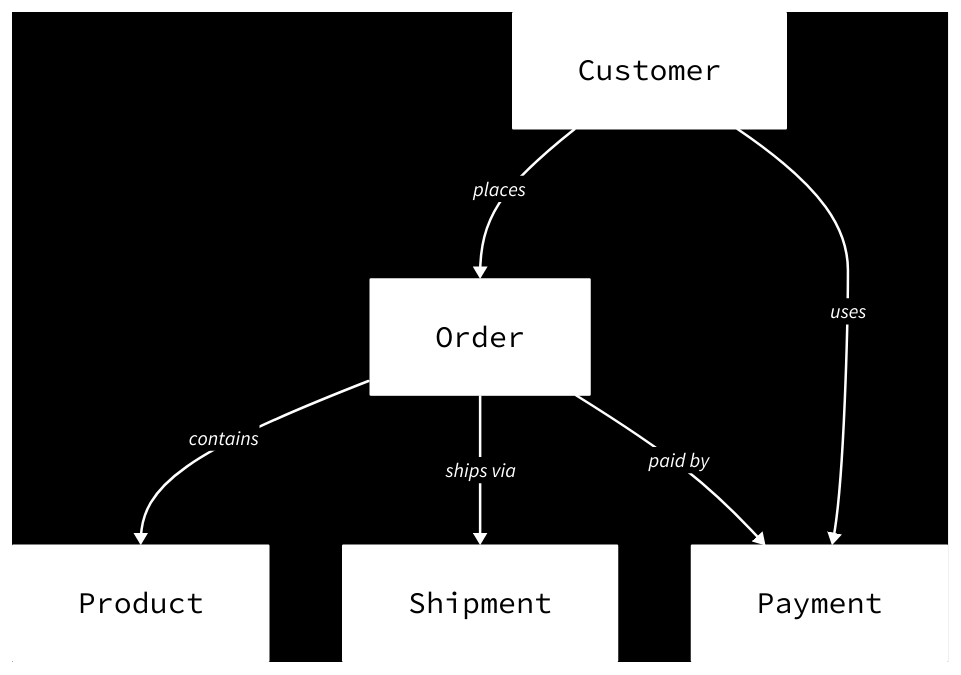
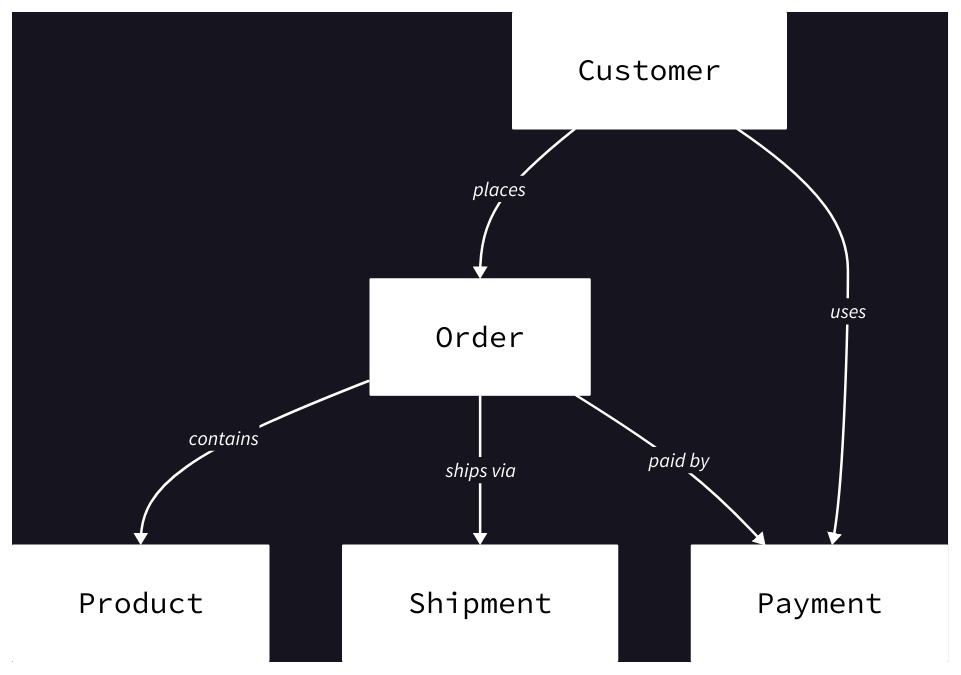
Before and after one commit to dvdstelt/weblog: the diagram in src/content/posts/2026-05-29-service-boundaries-are-about-authority.md, drawn with D2.

Commit message:
✨ Match authority diagram canvas to page background (#16151F)

````diff
--- a/src/content/posts/2026-05-29-service-boundaries-are-about-authority.md
+++ b/src/content/posts/2026-05-29-service-boundaries-are-about-authority.md
@@ -92,35 +92,35 @@
 ```d2
-# Inverted palette: black background, white boxes and lines, white connection labels
-style.fill: "#000000"
+# Inverted palette: page-matched background, white boxes and lines, white connection labels
+style.fill: "#16151F"
 *.style.fill: "#FFFFFF"
 *.style.stroke: "#FFFFFF"
 *.style.font-color: "#000000"
 (* -> *)[*].style.stroke: "#FFFFFF"
 (* -> *)[*].style.font-color: "#FFFFFF"
 
 Customer: {
   shape: class
 }
 
 Order: {
   shape: class
 }
 
 Product: {
   shape: class
 }
 
 Shipment: {
   shape: class
 }
 
 Payment: {
   shape: class
 }
 
 Customer -> Order: places
 Customer -> Payment: uses
 Order -> Product: contains
 Order -> Shipment: ships via
 Order -> Payment: paid by
 ```
````
